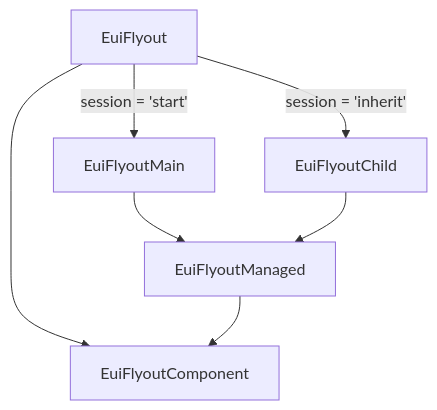
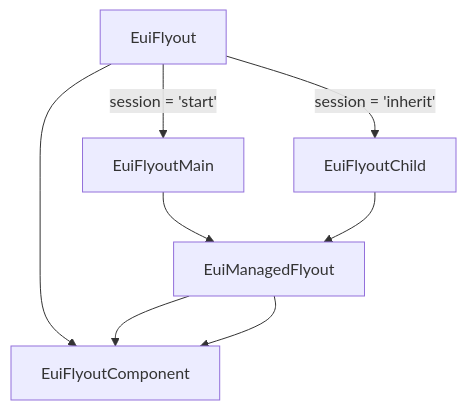
One commit to elastic/eui changed the first of 2 diagrams in packages/eui/src/components/flyout/README.md. Above: the diagram before and after it, drawn with Mermaid.

````diff
--- a/packages/eui/src/components/flyout/README.md
+++ b/packages/eui/src/components/flyout/README.md
@@ -11,6 +11,6 @@
 ```mermaid
 flowchart
     EuiFlyout --> EuiFlyoutComponent
-    EuiFlyout --> |"session = 'start'"|EuiFlyoutMain --> EuiFlyoutManaged --> EuiFlyoutComponent
-    EuiFlyout --> |"session = 'inherit'"|EuiFlyoutChild --> EuiFlyoutManaged
+    EuiFlyout --> |"session = 'start'"|EuiFlyoutMain --> EuiManagedFlyout --> EuiFlyoutComponent
+    EuiFlyout --> |"session = 'inherit'"|EuiFlyoutChild --> EuiManagedFlyout --> EuiFlyoutComponent
 ```
````
